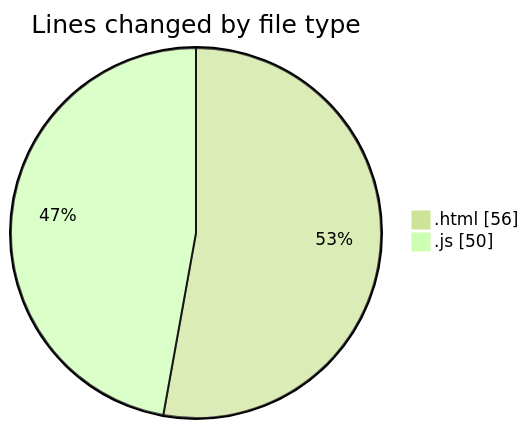
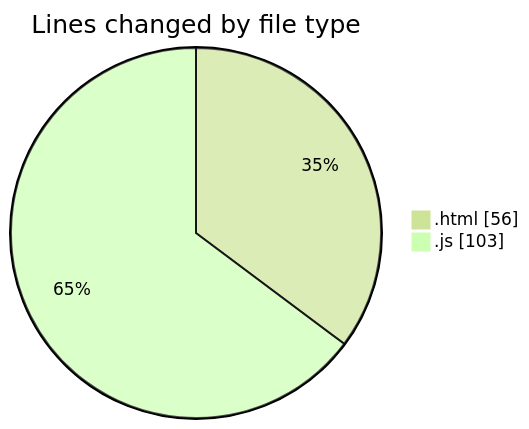
The first of 2 diagrams in 2025-08-06/javascript/README.md (Ritupan-Deka/code-tracking), drawn with Mermaid (forest theme) before and after one commit. The commit also changed other lines of this file and 1 other file, not shown here.

````diff
--- a/2025-08-06/javascript/README.md
+++ b/2025-08-06/javascript/README.md
@@ -21,6 +21,6 @@
 ```mermaid
 pie showData
 title Lines changed by file type
 ".html" : 56
-".js" : 50
+".js" : 103
 ```
````
